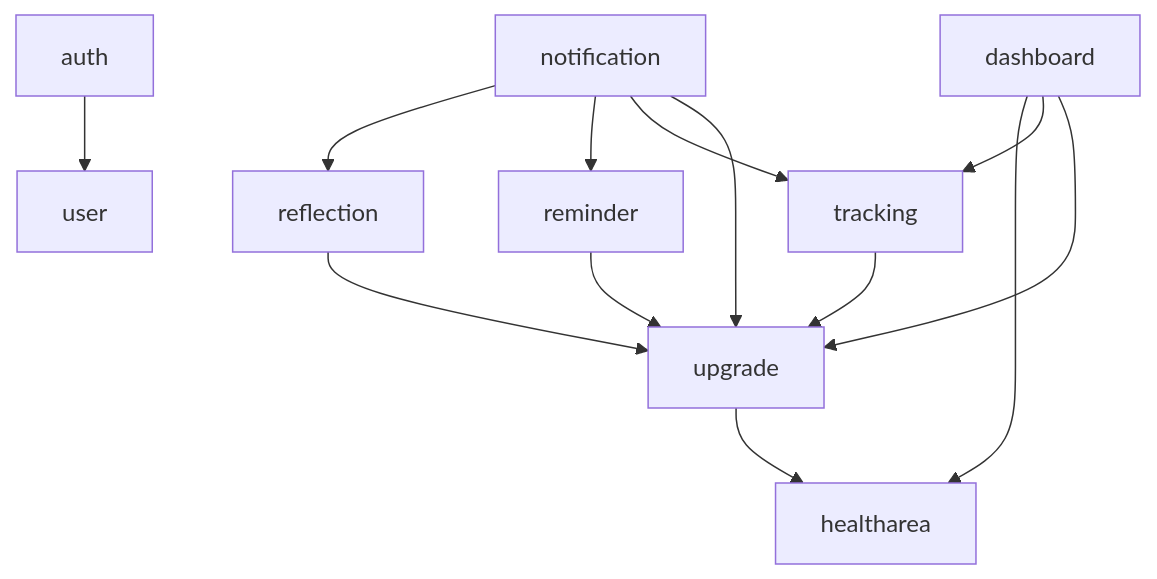
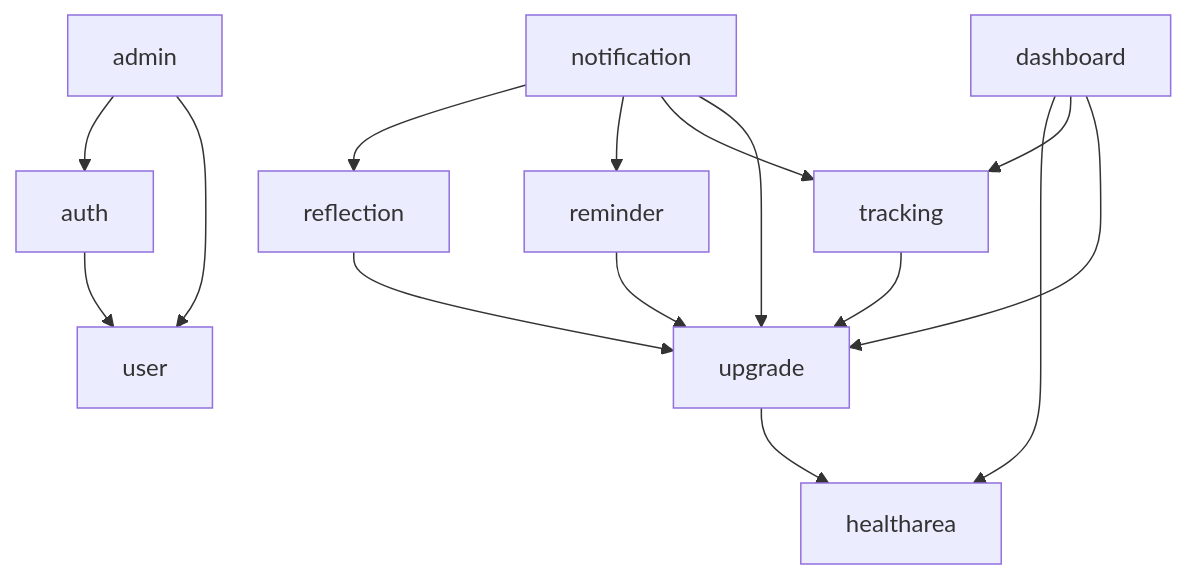
One commit to NaimElijah/UpHealther changed the second of 7 diagrams in docs/architecture/arch-diagrams/README.md. Above: the diagram before and after it, drawn with Mermaid. The commit also changed 28 other files, not shown here.

````diff
--- a/docs/architecture/arch-diagrams/README.md
+++ b/docs/architecture/arch-diagrams/README.md
@@ -66,28 +66,31 @@
 ```mermaid
 flowchart TD
     auth["auth"]
     user["user"]
+    admin["admin"]
     healtharea["healtharea"]
     upgrade["upgrade"]
     tracking["tracking"]
     reflection["reflection"]
     reminder["reminder"]
     dashboard["dashboard"]
     notification["notification"]
 
     auth --> user
+    admin --> auth
+    admin --> user
     upgrade --> healtharea
     tracking --> upgrade
     reflection --> upgrade
     reminder --> upgrade
     dashboard --> healtharea
     dashboard --> tracking
     dashboard --> upgrade
     notification --> reflection
     notification --> reminder
     notification --> tracking
     notification --> upgrade
 
     %% depends on nothing: healtharea, user — the graph is acyclic,
     %% which HexagonalArchitectureTest fails the build over if it stops being true.
 ```
````
